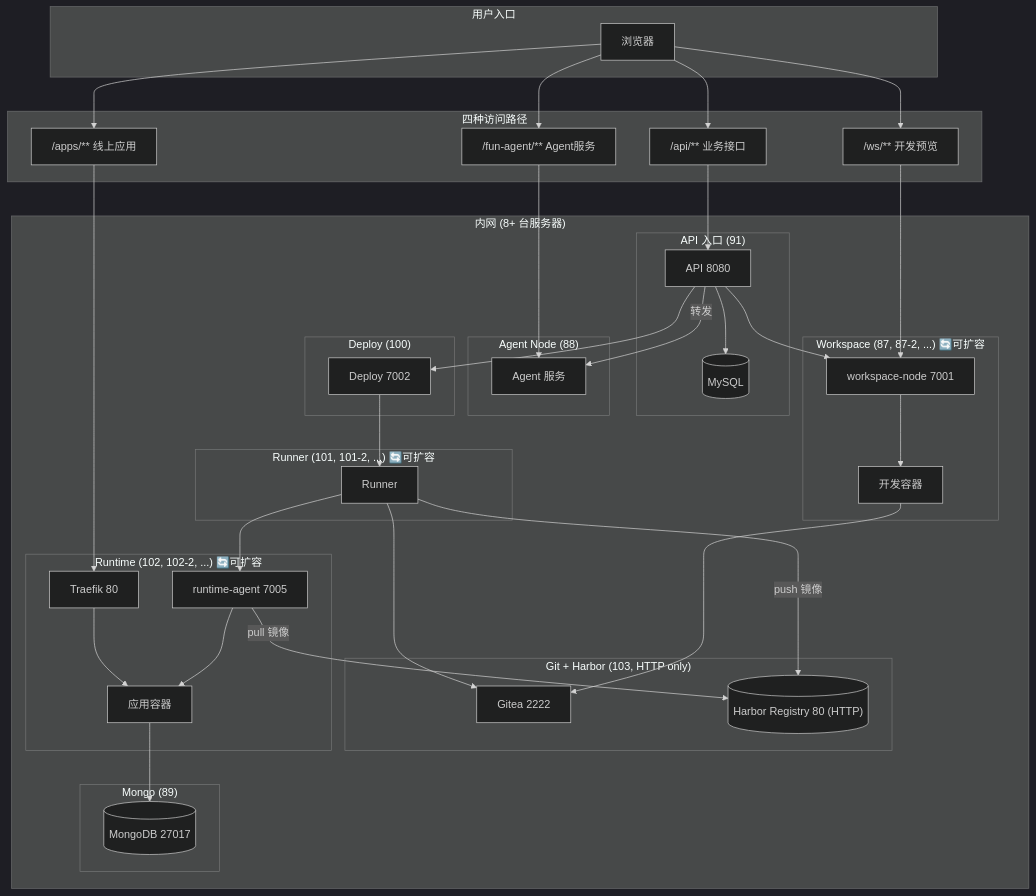
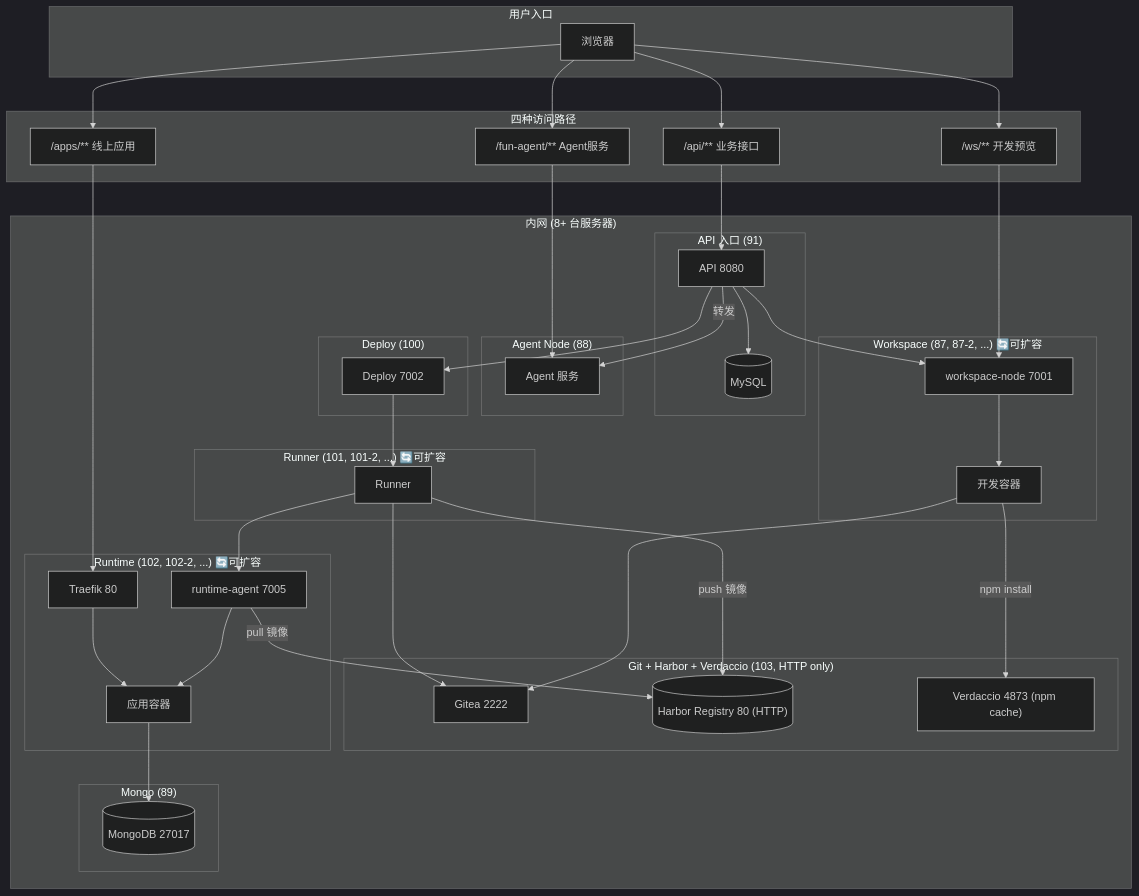
One commit to ruiAndroid/fun-ai-studio-api changed the first of 4 diagrams in src/main/resources/doc/domains/architecture/README.md. Above: the diagram before and after it, drawn with Mermaid (dark theme). The commit also changed other lines of this file, not shown here.

````diff
--- a/src/main/resources/doc/domains/architecture/README.md
+++ b/src/main/resources/doc/domains/architecture/README.md
@@ -31,73 +31,75 @@
 ```mermaid
 flowchart TB
     subgraph User["用户入口"]
         Browser["浏览器"]
     end
 
     subgraph Routes["四种访问路径"]
         R1["/api/** 业务接口"]
         R2["/ws/** 开发预览"]
         R3["/apps/** 线上应用"]
         R4["/fun-agent/** Agent服务"]
     end
 
     subgraph Infra["内网 (8+ 台服务器)"]
         subgraph S91["API 入口 (91)"]
             API["API 8080"]
             MySQL[("MySQL")]
         end
 
         subgraph S88["Agent Node (88)"]
             AgentService["Agent 服务"]
         end
 
         subgraph S87["Workspace (87, 87-2, ...) 🔄可扩容"]
             WsNode["workspace-node 7001"]
             WsCtn["开发容器"]
         end
 
         subgraph S100["Deploy (100)"]
             Deploy["Deploy 7002"]
         end
 
         subgraph S101["Runner (101, 101-2, ...) 🔄可扩容"]
             Runner["Runner"]
         end
 
-    subgraph S103["Git + Harbor (103, HTTP only)"]
+    subgraph S103["Git + Harbor + Verdaccio (103, HTTP only)"]
             Gitea["Gitea 2222"]
             Harbor[("Harbor Registry 80 (HTTP)")]
+            Verdaccio["Verdaccio 4873 (npm cache)"]
         end
 
         subgraph S102["Runtime (102, 102-2, ...) 🔄可扩容"]
             Agent["runtime-agent 7005"]
             Traefik["Traefik 80"]
             AppCtn["应用容器"]
         end
 
         subgraph S89["Mongo (89)"]
             MongoDB[("MongoDB 27017")]
         end
     end
 
     Browser --> R1 & R2 & R3 & R4
     R1 --> API
     R2 --> WsNode --> WsCtn
     R3 --> Traefik --> AppCtn
     R4 --> AgentService
 
     API --> MySQL
     API -->|转发| AgentService
     API --> WsNode
     API --> Deploy
 
     Deploy --> Runner
     Runner --> Gitea
     Runner -->|push 镜像| Harbor
     Runner --> Agent
     Agent -->|pull 镜像| Harbor
     Agent --> AppCtn
     AppCtn --> MongoDB
 
     WsCtn --> Gitea
+    WsCtn -->|npm install| Verdaccio
 ```
````
